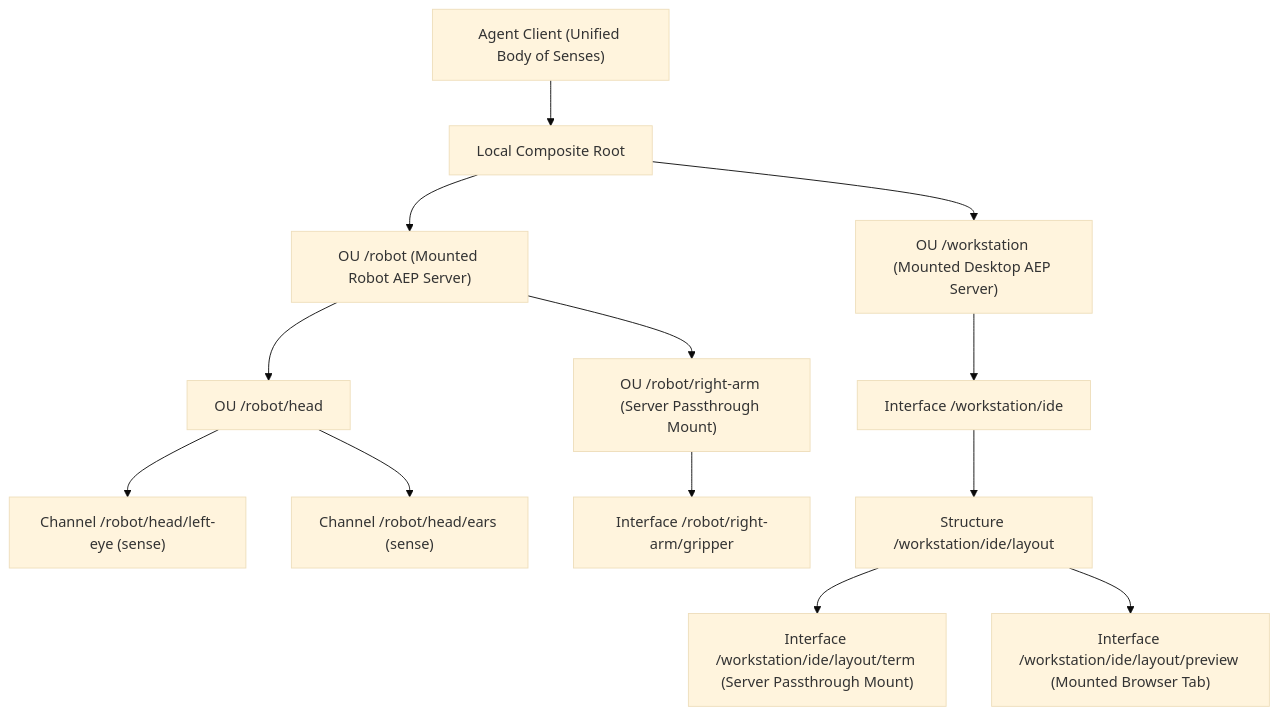
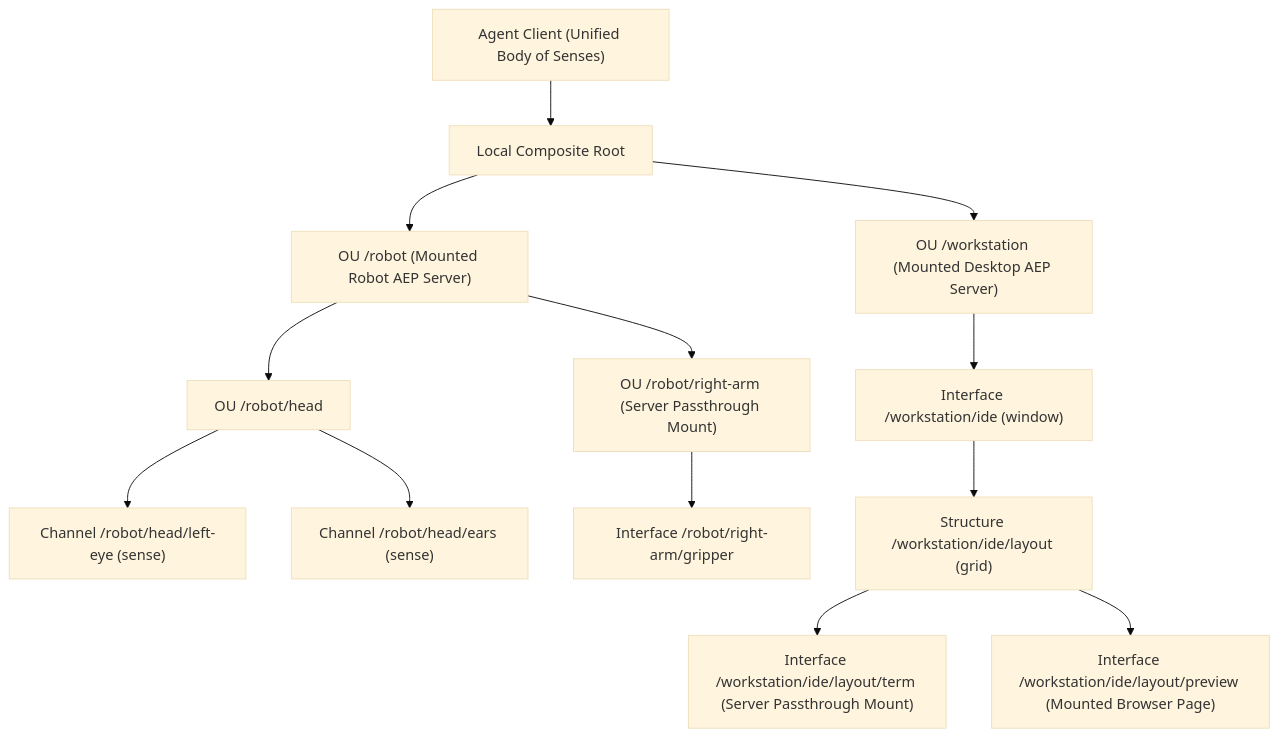
The first of 2 diagrams in spec/03-passthrough-and-composition.md (AgentEnvironmentProtocol/agent-environment-protocol), drawn with Mermaid (base theme) before and after one commit. The commit also changed other lines of this file and 8 other files, not shown here.

````diff
--- a/spec/03-passthrough-and-composition.md
+++ b/spec/03-passthrough-and-composition.md
@@ -103,17 +104,17 @@
 ```mermaid
 flowchart TD
     Agent["Agent Client (Unified Body of Senses)"] --> ClientRoot["Local Composite Root"]
     ClientRoot --> RobotOU["OU /robot (Mounted Robot AEP Server)"]
     ClientRoot --> WorkOU["OU /workstation (Mounted Desktop AEP Server)"]
 
     RobotOU --> HeadOU["OU /robot/head"]
     HeadOU --> LeftEye["Channel /robot/head/left-eye (sense)"]
     HeadOU --> Ears["Channel /robot/head/ears (sense)"]
     RobotOU --> ArmOU["OU /robot/right-arm (Server Passthrough Mount)"]
     ArmOU --> Gripper["Interface /robot/right-arm/gripper"]
 
-    WorkOU --> IdeIface["Interface /workstation/ide"]
-    IdeIface --> Panel["Structure /workstation/ide/layout"]
+    WorkOU --> IdeIface["Interface /workstation/ide (window)"]
+    IdeIface --> Panel["Structure /workstation/ide/layout (grid)"]
     Panel --> TermSlot["Interface /workstation/ide/layout/term (Server Passthrough Mount)"]
-    Panel --> WebSlot["Interface /workstation/ide/layout/preview (Mounted Browser Tab)"]
+    Panel --> WebSlot["Interface /workstation/ide/layout/preview (Mounted Browser Page)"]
 ```
````
